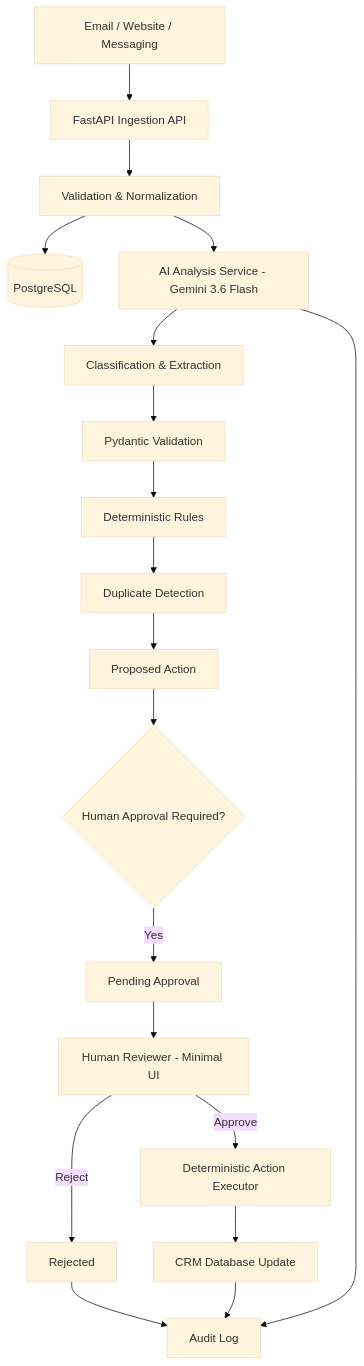
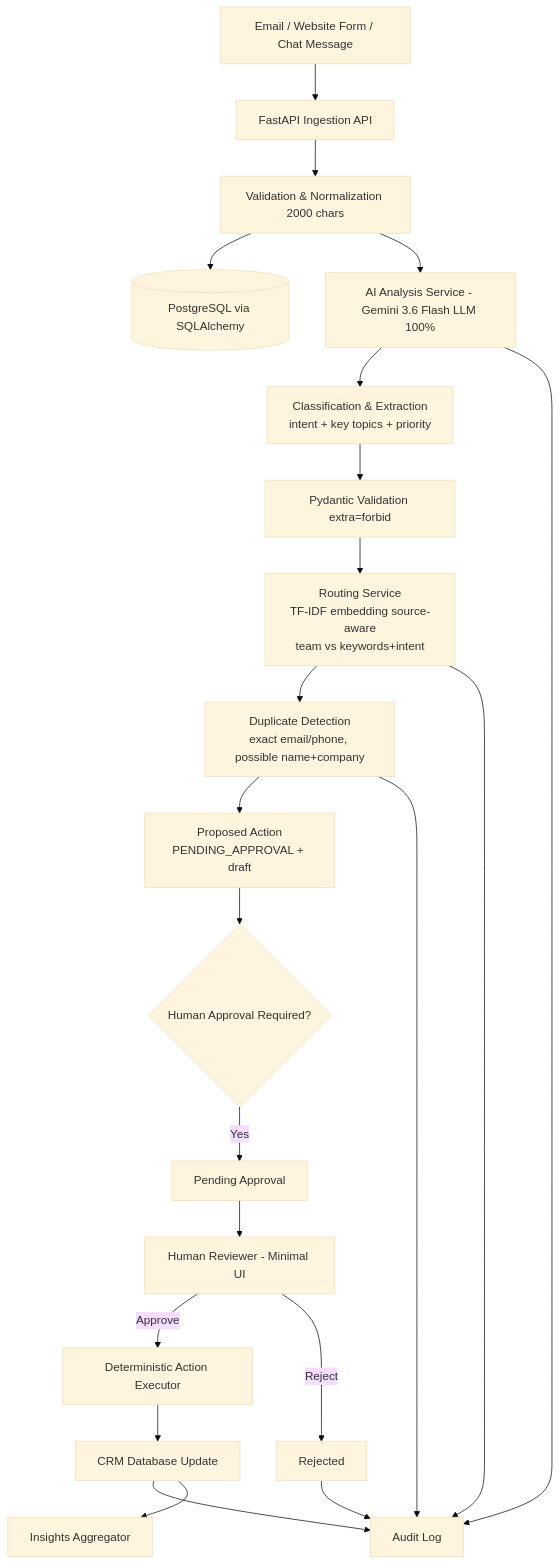
The second of 2 diagrams in README.md (Alfikriangelo/InboxOps-AI-Intelligent-Email-Enquiry-Processing-with-Human-in-the-Loop-Controls), drawn with Mermaid (base theme) before and after one commit. The commit also changed other lines of this file and 25 other files, not shown here.

````diff
--- a/README.md
+++ b/README.md
@@ -66,21 +185,24 @@
 ```mermaid
 flowchart TD
-    A[Email / Website / Messaging] --> B[FastAPI Ingestion API]
-    B --> C[Validation & Normalization]
-    C --> D[(PostgreSQL)]
-    C --> E[AI Analysis Service - Gemini 3.6 Flash]
-    E --> F[Classification & Extraction]
-    F --> G[Pydantic Validation]
-    G --> H[Deterministic Rules]
-    H --> I[Duplicate Detection]
-    I --> J[Proposed Action]
+    A[Email / Website Form / Chat Message] --> B[FastAPI Ingestion API]
+    B --> C[Validation & Normalization 2000 chars]
+    C --> D[(PostgreSQL via SQLAlchemy)]
+    C --> E[AI Analysis Service - Gemini 3.6 Flash LLM 100%]
+    E --> F[Classification & Extraction<br/>intent + key topics + priority]
+    F --> G[Pydantic Validation extra=forbid]
+    G --> H[Routing Service<br/>TF-IDF embedding source-aware<br/>team vs keywords+intent]
+    H --> I[Duplicate Detection<br/>exact email/phone, possible name+company]
+    I --> J[Proposed Action<br/>PENDING_APPROVAL + draft]
     J --> K{Human Approval Required?}
     K -->|Yes| L[Pending Approval]
     L --> M[Human Reviewer - Minimal UI]
     M -->|Approve| N[Deterministic Action Executor]
     M -->|Reject| O[Rejected]
     N --> P[CRM Database Update]
     O --> Q[Audit Log]
     P --> Q
+    P --> R[Insights Aggregator]
     E --> Q
+    H --> Q
+    I --> Q
 ```
````
